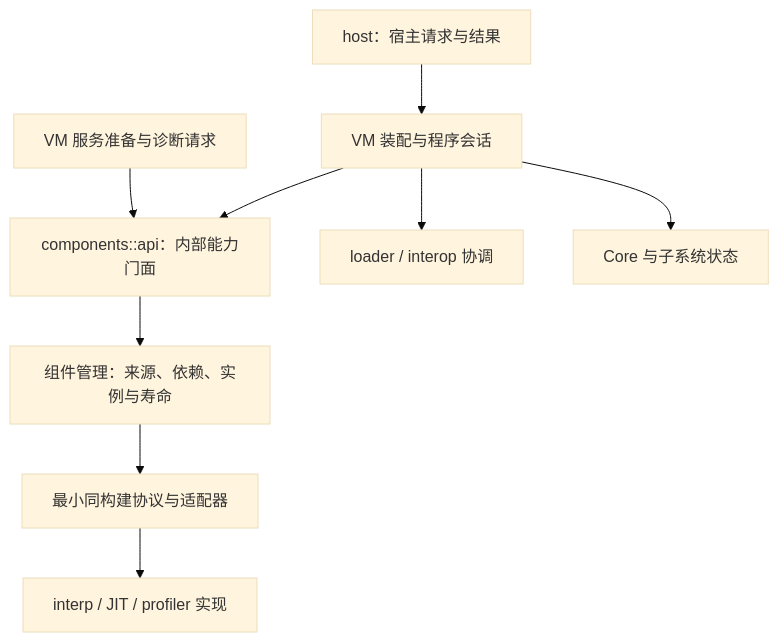
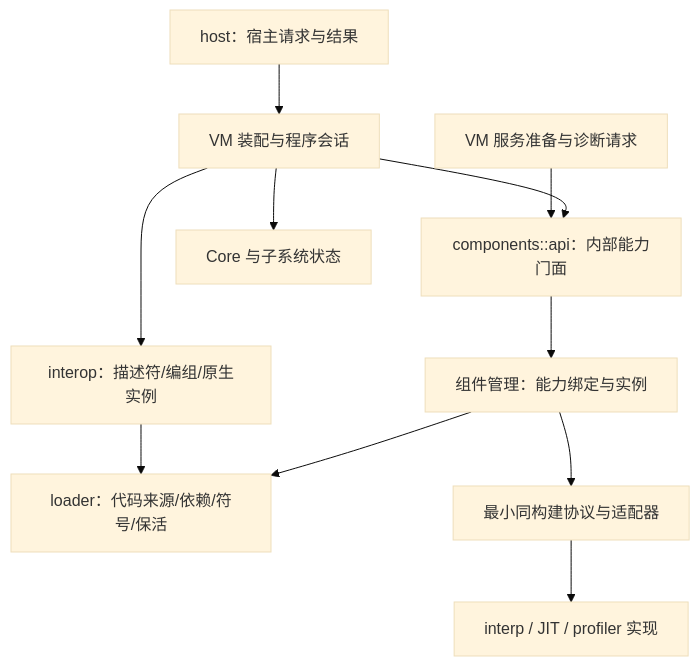
One commit to z42-lang/z42 changed the diagram in docs/internals/src/runtime/module-boundaries.md. Above: the diagram before and after it, drawn with Mermaid (base theme). The commit also changed other lines of this file and 41 other files, not shown here.

````diff
--- a/docs/internals/src/runtime/module-boundaries.md
+++ b/docs/internals/src/runtime/module-boundaries.md
@@ -56,11 +64,13 @@
 ```mermaid
 flowchart TD
     H[host：宿主请求与结果] --> V[VM 装配与程序会话]
     V --> A[components::api：内部能力门面]
     E[VM 服务准备与诊断请求] --> A
-    A --> M[组件管理：来源、依赖、实例与寿命]
+    A --> M[组件管理：能力绑定与实例]
+    M --> L[loader：代码来源/依赖/符号/保活]
     M --> P[最小同构建协议与适配器]
     P --> I[interp / JIT / profiler 实现]
-    V --> L[loader / interop 协调]
+    V --> N[interop：描述符/编组/原生实例]
+    N --> L
     V --> C[Core 与子系统状态]
 ```
````
